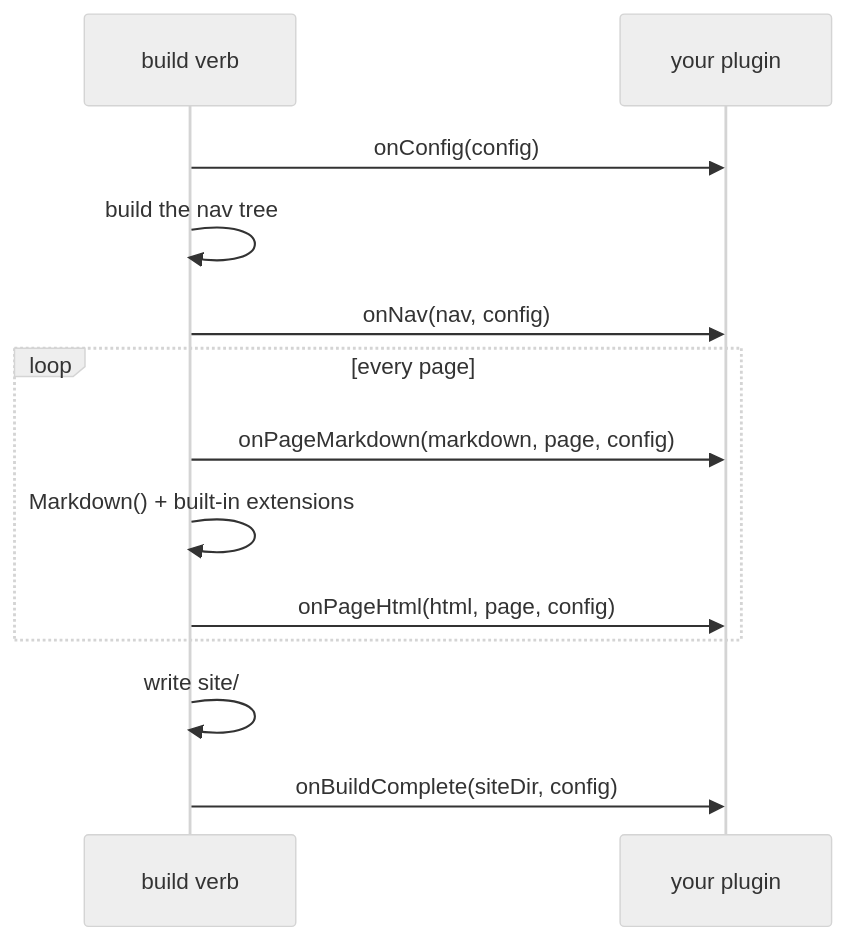
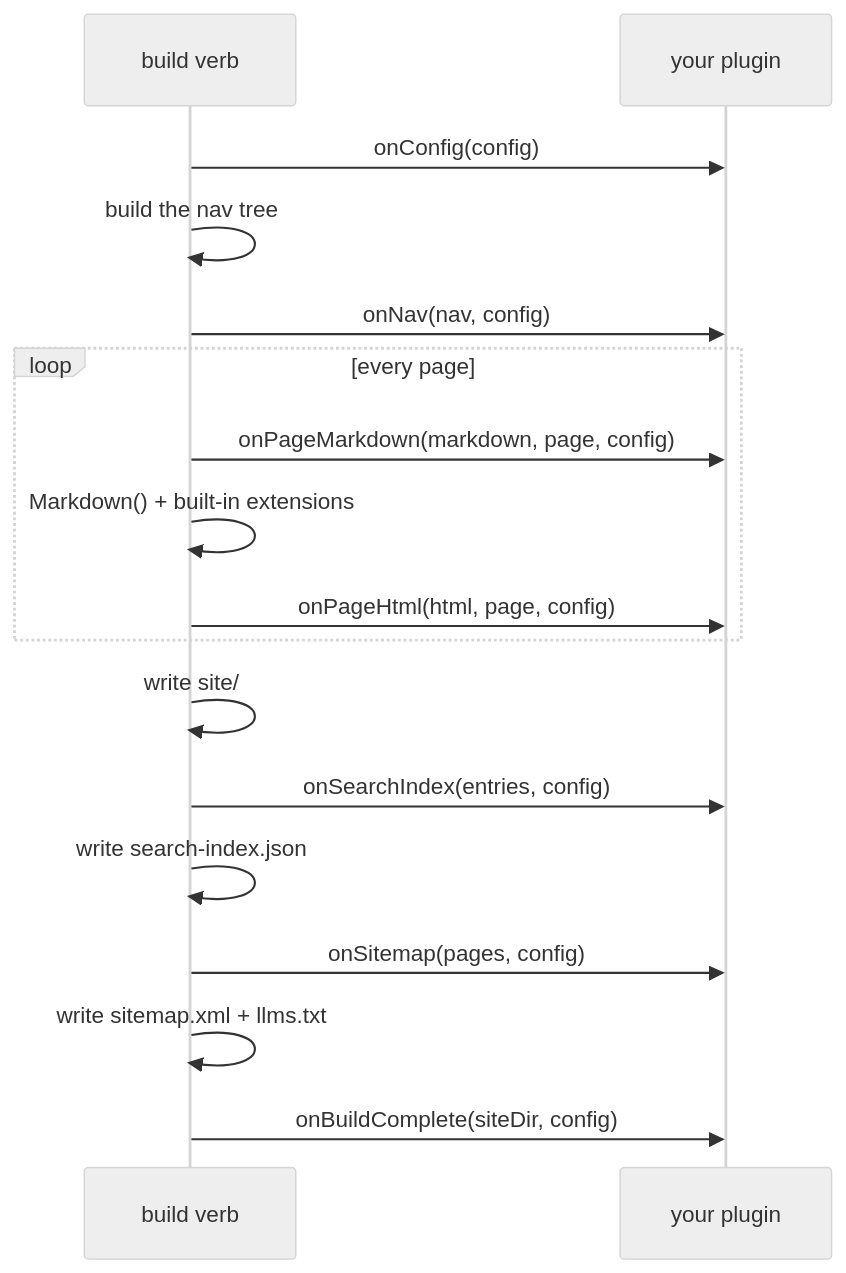
The diagram in development/guides/plugins.md (ortus-boxlang/bx-sites), drawn with Mermaid (neutral theme) before and after one commit. The commit also changed other lines of this file and 1899 other files, not shown here.

````diff
--- a/development/guides/plugins.md
+++ b/development/guides/plugins.md
@@ -107,15 +130,19 @@
 ```mermaid
 sequenceDiagram
     participant Build as build verb
     participant Plugin as your plugin
     Build->>Plugin: onConfig(config)
     Build->>Build: build the nav tree
     Build->>Plugin: onNav(nav, config)
     loop every page
         Build->>Plugin: onPageMarkdown(markdown, page, config)
         Build->>Build: Markdown() + built-in extensions
         Build->>Plugin: onPageHtml(html, page, config)
     end
     Build->>Build: write site/
+    Build->>Plugin: onSearchIndex(entries, config)
+    Build->>Build: write search-index.json
+    Build->>Plugin: onSitemap(pages, config)
+    Build->>Build: write sitemap.xml + llms.txt
     Build->>Plugin: onBuildComplete(siteDir, config)
 ```
````
